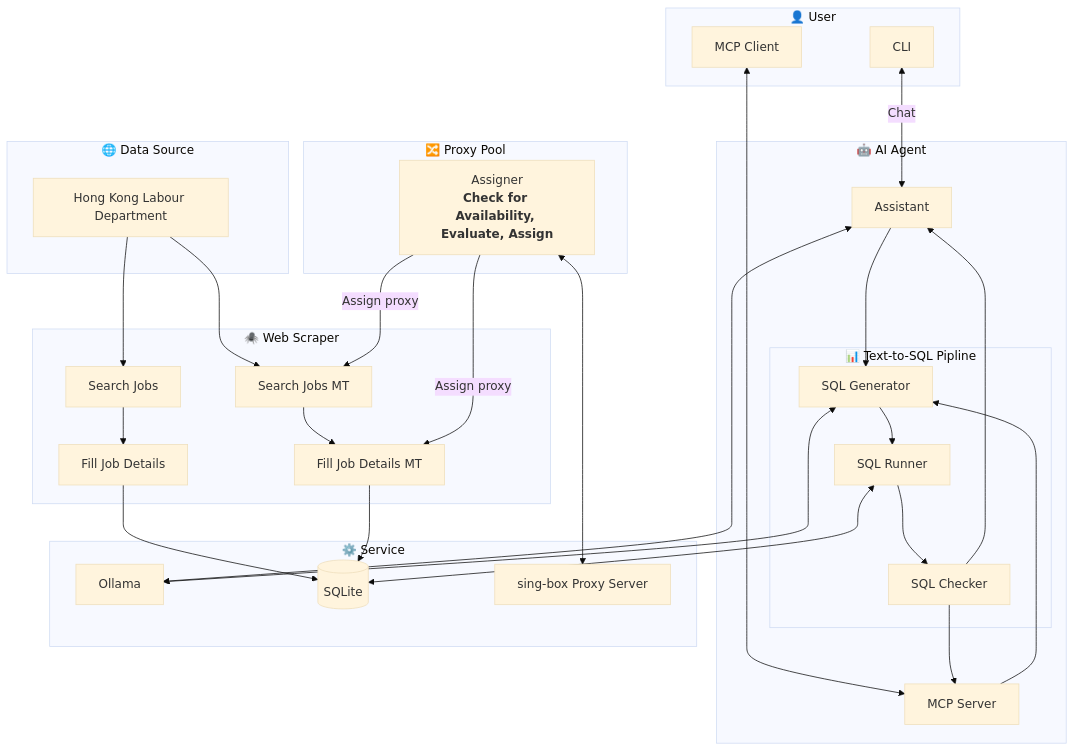
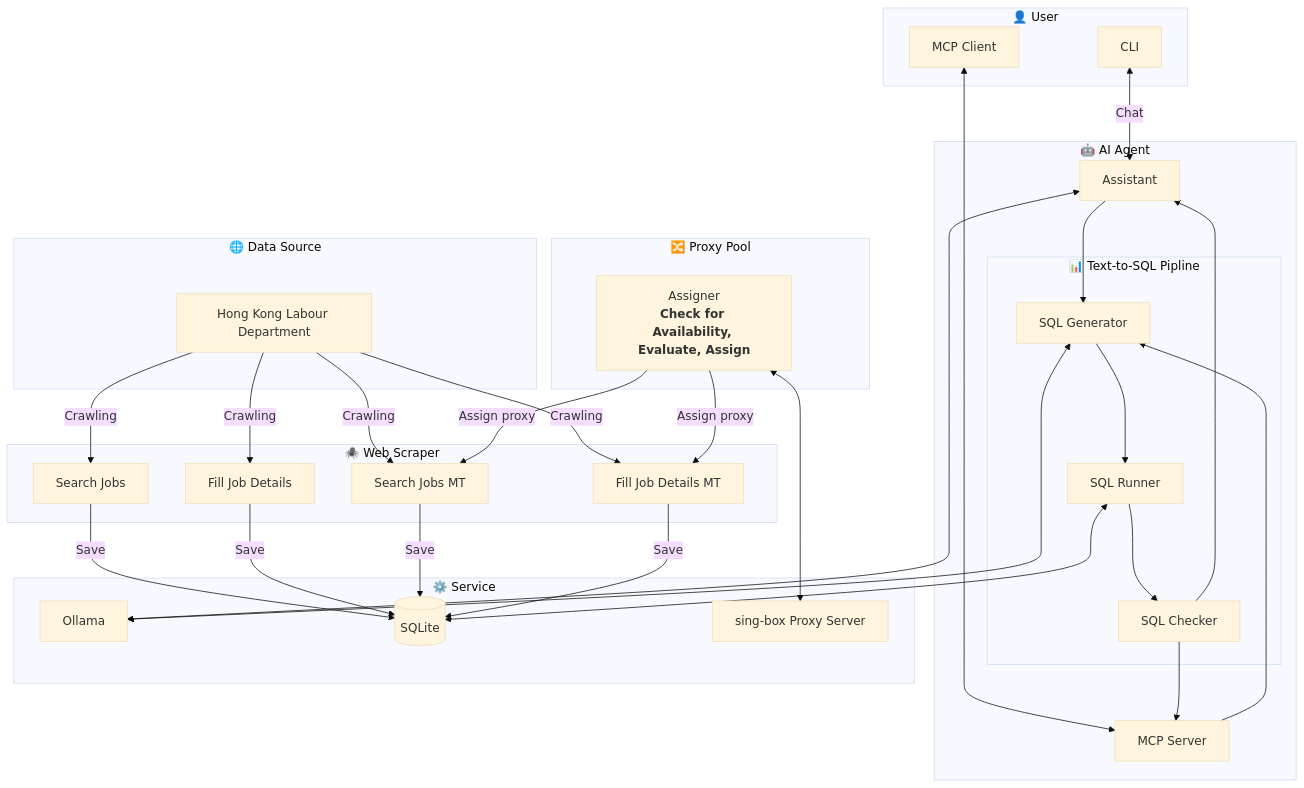
One commit to JJ-Jacko/jobs_hk changed the diagram in README.md. Above: the diagram before and after it, drawn with Mermaid (base theme). The commit also changed 2 other files, not shown here.

Commit message:
refactor(README.Sturcture): 4 types web scraper.

````diff
--- a/README.md
+++ b/README.md
@@ -51,70 +51,71 @@
 ```mermaid
 flowchart
     subgraph User["👤 User"]
         CLI[CLI]
         MCP_CLIENT[MCP Client]
     end
 
     subgraph Scraper["🕷️ Web Scraper"]
         search_job[Search Jobs]
+        fill_job[Fill Job Details]
         search_job_mt[Search Jobs MT]
-        fill_job[Fill Job Details]
         fill_job_mt[Fill Job Details MT]
     end
 
     subgraph ProxyPool["🔀 Proxy Pool"]
         assigner[Assigner<br><strong>Check for Availability, Evaluate, Assign<strong/>]
     end
 
     subgraph SQL_pipline["📊 Text-to-SQL Pipline"]
         SQL_generator[SQL Generator]
         SQL_runner[SQL Runner]
         SQL_checker[SQL Checker]
     end
 
     subgraph AI["🤖 AI Agent"]
         assistant[Assistant]
         MCP_server[MCP Server]
         SQL_pipline
     end
 
     subgraph Service["⚙️ Service"]
         Ollama[Ollama]
         SQLite[(SQLite)]
         proxy_server["sing-box Proxy Server"]
     end
 
     subgraph DataSource["🌐 Data Source"]
         web_src[Hong Kong Labour Department]
     end
 
     CLI <-->|Chat| assistant
     MCP_CLIENT <--> MCP_server
 
     assistant <--> Ollama
     assistant --> SQL_generator
 
     MCP_server --> SQL_generator
 
     SQL_generator --> SQL_runner
     SQL_generator <--> Ollama
 
     SQL_runner --> SQL_checker
     SQL_runner <--> SQLite
 
     SQL_checker --> assistant
     SQL_checker --> MCP_server
 
-    web_src --> search_job
-    web_src --> search_job_mt
+    web_src -->|Crawling| search_job
+    web_src -->|Crawling| fill_job
+    web_src -->|Crawling| search_job_mt
+    web_src -->|Crawling| fill_job_mt
 
-    search_job --> fill_job
-    search_job_mt --> fill_job_mt
-
-    fill_job --> SQLite
-    fill_job_mt --> SQLite
+    search_job -->|Save| SQLite
+    fill_job -->|Save| SQLite
+    search_job_mt -->|Save| SQLite
+    fill_job_mt -->|Save| SQLite
 
     assigner -->|Assign proxy| search_job_mt
     assigner -->|Assign proxy| fill_job_mt
     assigner <--> proxy_server
 ```
````
